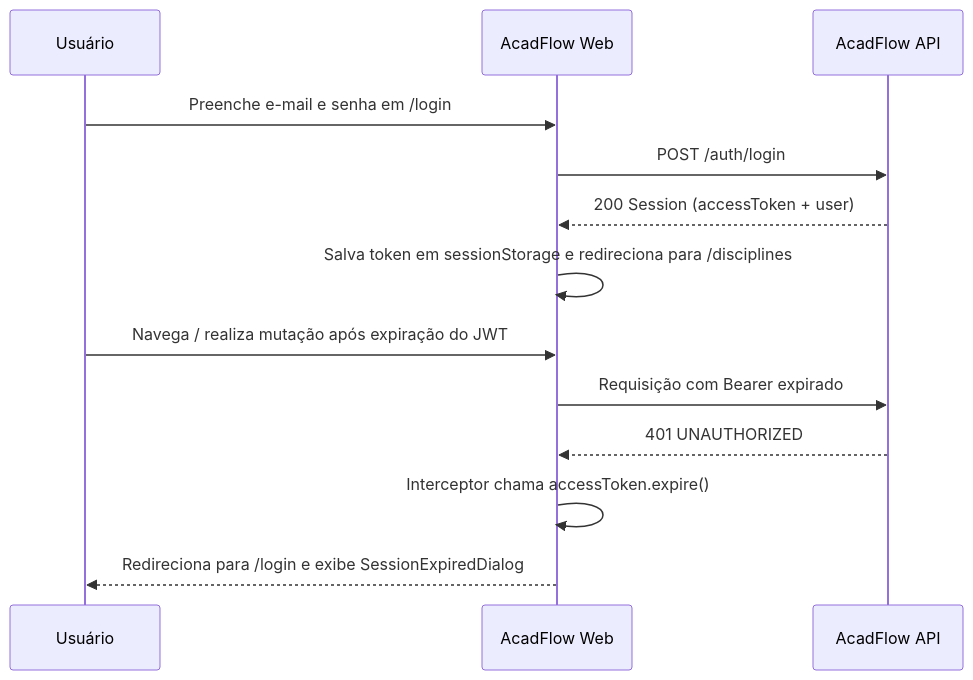
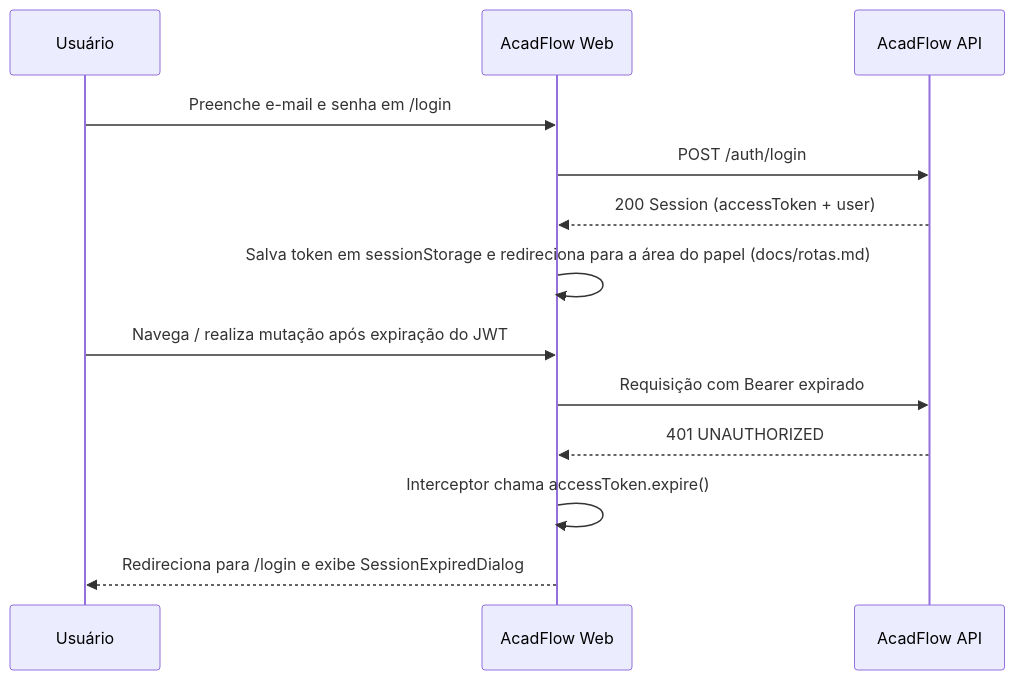
Before and after one commit to DevCaverna/acadflow-web: the second of 3 diagrams in docs/arquitetura.md, drawn with Mermaid. The commit also changed other lines of this file and 62 other files, not shown here.

````diff
--- a/docs/arquitetura.md
+++ b/docs/arquitetura.md
@@ -67,15 +69,15 @@
 ```mermaid
 sequenceDiagram
     participant User as Usuário
     participant Web as AcadFlow Web
     participant API as AcadFlow API
     User->>Web: Preenche e-mail e senha em /login
     Web->>API: POST /auth/login
     API-->>Web: 200 Session (accessToken + user)
-    Web->>Web: Salva token em sessionStorage e redireciona para /disciplines
+    Web->>Web: Salva token em sessionStorage e redireciona para a área do papel (docs/rotas.md)
     User->>Web: Navega / realiza mutação após expiração do JWT
     Web->>API: Requisição com Bearer expirado
     API-->>Web: 401 UNAUTHORIZED
     Web->>Web: Interceptor chama accessToken.expire()
     Web-->>User: Redireciona para /login e exibe SessionExpiredDialog
 ```
````
